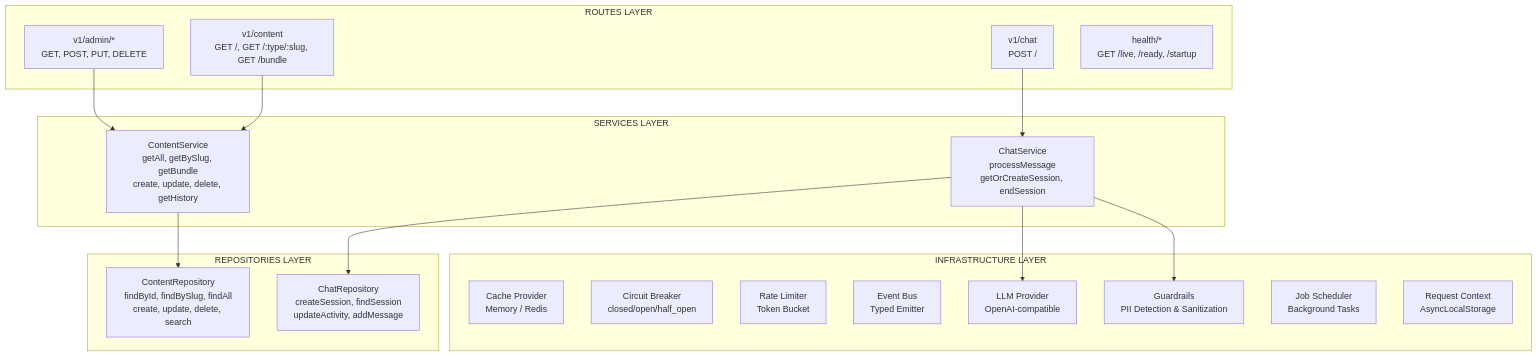
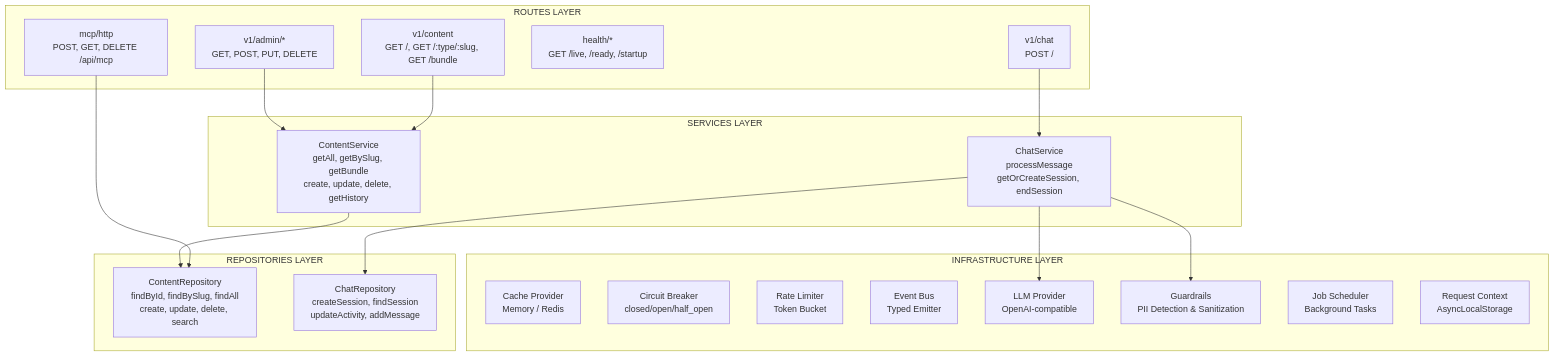
One commit to spencerjireh/portfolio-cms-express-backend-with-mcp-server changed the first of 14 diagrams in docs-site/architecture/low-level-design.md. Above: the diagram before and after it, drawn with Mermaid. The commit also changed other lines of this file and 9 other files, not shown here.

First line of the commit message:
docs: update documentation for MCP HTTP transport and corrections

````diff
--- a/docs-site/architecture/low-level-design.md
+++ b/docs-site/architecture/low-level-design.md
@@ -16,39 +16,41 @@
 ```mermaid
 flowchart TB
     subgraph Routes["ROUTES LAYER"]
         R1["v1/content<br/>GET /, GET /:type/:slug, GET /bundle"]
         R2["v1/chat<br/>POST /"]
         R3["v1/admin/*<br/>GET, POST, PUT, DELETE"]
         R4["health/*<br/>GET /live, /ready, /startup"]
+        R5["mcp/http<br/>POST, GET, DELETE /api/mcp"]
     end
 
     subgraph Services["SERVICES LAYER"]
         S1["ContentService<br/>getAll, getBySlug, getBundle<br/>create, update, delete, getHistory"]
         S2["ChatService<br/>processMessage<br/>getOrCreateSession, endSession"]
     end
 
     subgraph Repos["REPOSITORIES LAYER"]
         Repo1["ContentRepository<br/>findById, findBySlug, findAll<br/>create, update, delete, search"]
         Repo2["ChatRepository<br/>createSession, findSession<br/>updateActivity, addMessage"]
     end
 
     subgraph Infra["INFRASTRUCTURE LAYER"]
         I1["Cache Provider<br/>Memory / Redis"]
         I2["Circuit Breaker<br/>closed/open/half_open"]
         I3["Rate Limiter<br/>Token Bucket"]
         I4["Event Bus<br/>Typed Emitter"]
         I5["LLM Provider<br/>OpenAI-compatible"]
         I6["Guardrails<br/>PII Detection & Sanitization"]
         I7["Job Scheduler<br/>Background Tasks"]
         I8["Request Context<br/>AsyncLocalStorage"]
     end
 
     R1 --> S1
     R2 --> S2
     R3 --> S1
+    R5 --> Repo1
 
     S1 --> Repo1
     S2 --> Repo2
     S2 --> I5
     S2 --> I6
 ```
````
